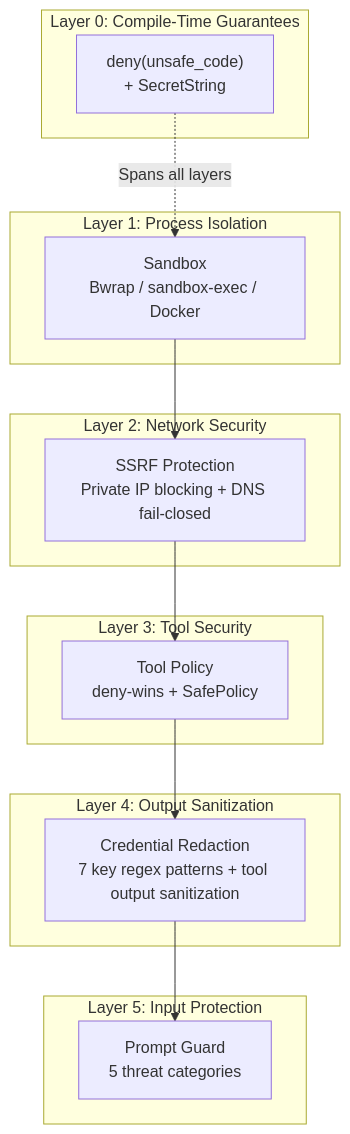
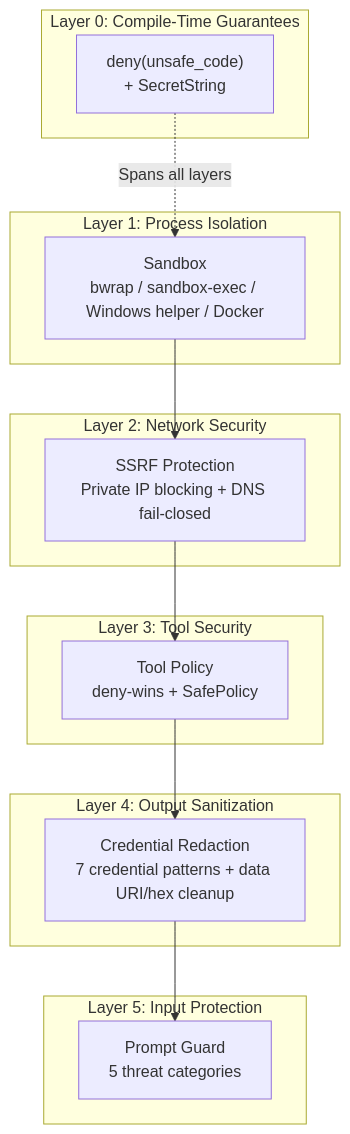
Before and after one commit to ZhangHanDong/octos-book: the diagram in book-en/src/part2/ch07.md, drawn with Mermaid. The commit also changed other lines of this file and 3 other files, not shown here.

````diff
--- a/book-en/src/part2/ch07.md
+++ b/book-en/src/part2/ch07.md
@@ -9,24 +9,24 @@
 ```mermaid
 flowchart TB
     subgraph "Layer 1: Process Isolation"
-        SB["Sandbox<br/>Bwrap / sandbox-exec / Docker"]
+        SB["Sandbox<br/>bwrap / sandbox-exec / Windows helper / Docker"]
     end
     subgraph "Layer 2: Network Security"
         SSRF["SSRF Protection<br/>Private IP blocking + DNS fail-closed"]
     end
     subgraph "Layer 3: Tool Security"
         TP["Tool Policy<br/>deny-wins + SafePolicy"]
     end
     subgraph "Layer 4: Output Sanitization"
-        SAN["Credential Redaction<br/>7 key regex patterns + tool output sanitization"]
+        SAN["Credential Redaction<br/>7 credential patterns + data URI/hex cleanup"]
     end
     subgraph "Layer 5: Input Protection"
         PG["Prompt Guard<br/>5 threat categories"]
     end
     subgraph "Layer 0: Compile-Time Guarantees"
         UC["deny(unsafe_code)<br/>+ SecretString"]
     end
 
     SB --> SSRF --> TP --> SAN --> PG
     UC -.->|"Spans all layers"| SB
 ```
````
